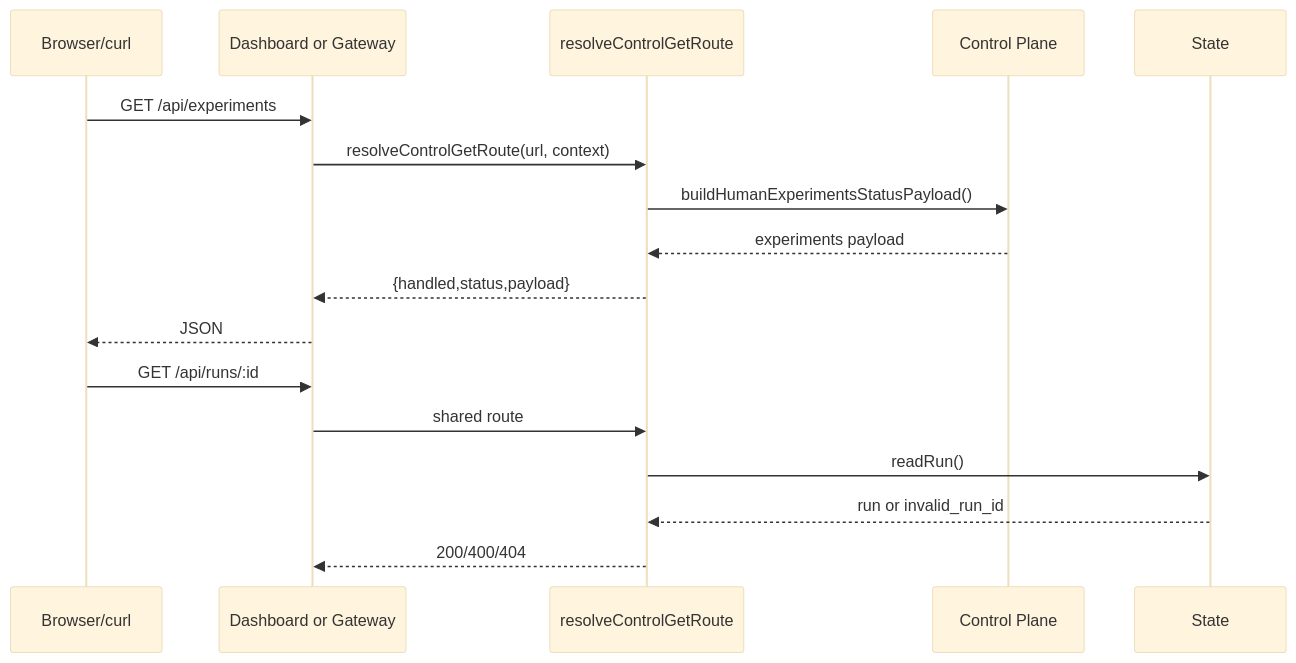
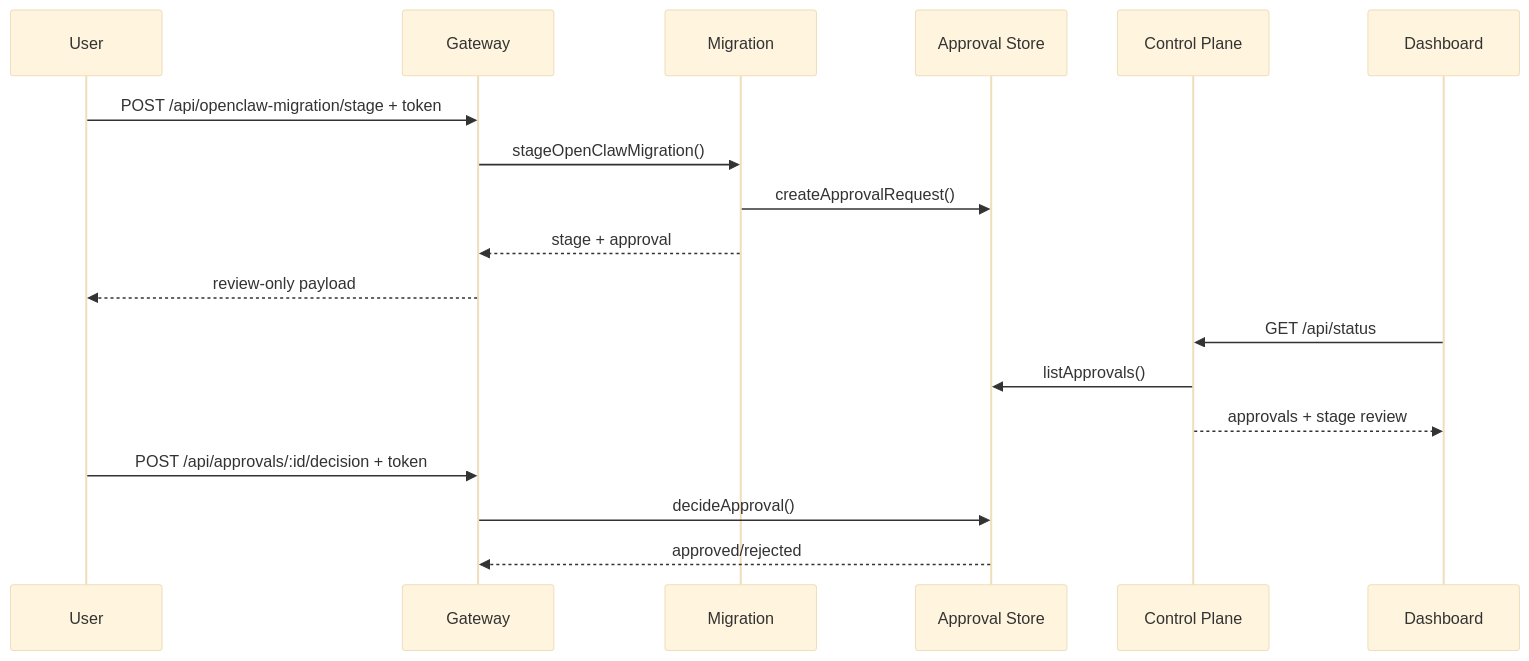
Before and after one commit to mayf3/myclaw: the fifth of 9 diagrams in docs/implementation-architecture.md, drawn with Mermaid (base theme). The commit also changed other lines of this file and 37 other files, not shown here.

````diff
--- a/docs/implementation-architecture.md
+++ b/docs/implementation-architecture.md
@@ -148,20 +147,21 @@
 ```mermaid
 sequenceDiagram
-  participant B as Browser/curl
-  participant D as Dashboard or Gateway
-  participant R as resolveControlGetRoute
+  participant U as User
+  participant G as Gateway
+  participant M as Migration
+  participant A as Approval Store
   participant C as Control Plane
-  participant S as State
+  participant D as Dashboard
 
-  B->>D: GET /api/experiments
-  D->>R: resolveControlGetRoute(url, context)
-  R->>C: buildHumanExperimentsStatusPayload()
-  C-->>R: experiments payload
-  R-->>D: {handled,status,payload}
-  D-->>B: JSON
-  B->>D: GET /api/runs/:id
-  D->>R: shared route
-  R->>S: readRun()
-  S-->>R: run or invalid_run_id
-  R-->>D: 200/400/404
+  U->>G: POST /api/openclaw-migration/stage + token
+  G->>M: stageOpenClawMigration()
+  M->>A: createApprovalRequest()
+  M-->>G: stage + approval
+  G-->>U: review-only payload
+  D->>C: GET /api/status
+  C->>A: listApprovals()
+  C-->>D: approvals + stage review
+  U->>G: POST /api/approvals/:id/decision + token
+  G->>A: decideApproval()
+  A-->>G: approved/rejected
 ```
````
